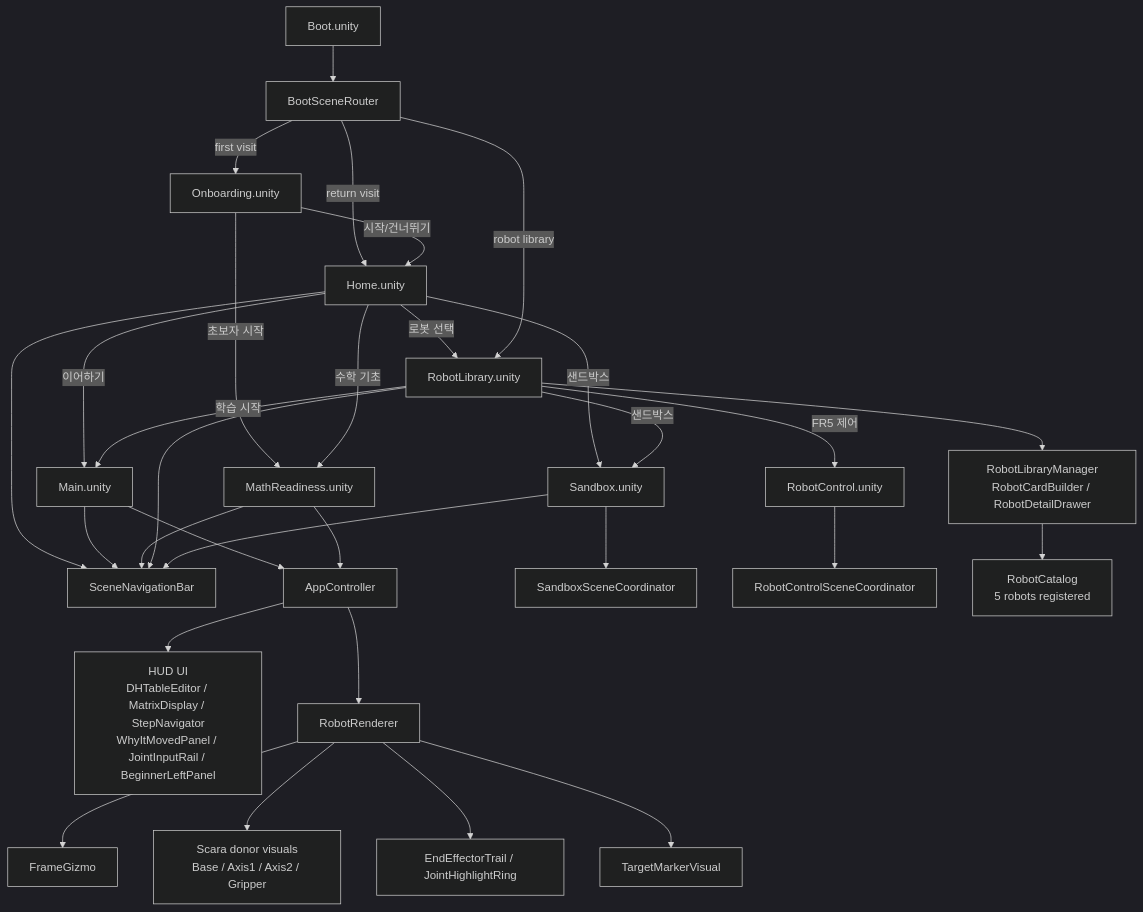
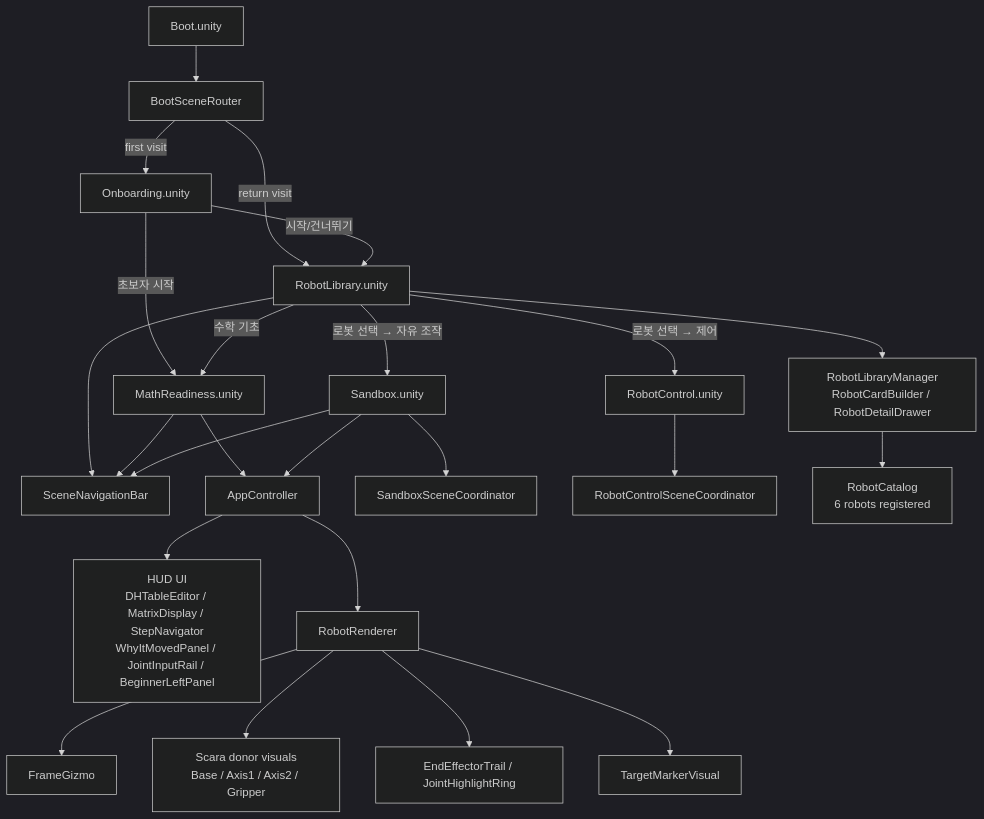
The first of 6 diagrams in docs/ref/architecture-mermaid.md (kimjuyoung1127/robotapp), drawn with Mermaid (dark theme) before and after one commit. The commit also changed other lines of this file and 59 other files, not shown here.

First line of the commit message:
refactor: remove Home/Main scenes, make RobotLibrary the main entry point

````diff
--- a/docs/ref/architecture-mermaid.md
+++ b/docs/ref/architecture-mermaid.md
@@ -8,40 +8,32 @@
 ```mermaid
 flowchart TD
     Boot["Boot.unity"] --> Router["BootSceneRouter"]
     Router -->|first visit| Onboarding["Onboarding.unity"]
-    Router -->|return visit| Home["Home.unity"]
+    Router -->|return visit| RobotLib["RobotLibrary.unity"]
 
-    Onboarding -->|시작/건너뛰기| Home
+    Onboarding -->|시작/건너뛰기| RobotLib
     Onboarding -->|초보자 시작| MathReady["MathReadiness.unity"]
 
-    Home --> Nav["SceneNavigationBar"]
-    Home -->|이어하기| Main["Main.unity"]
-    Home -->|수학 기초| MathReady
-    Home -->|로봇 선택| RobotLib["RobotLibrary.unity"]
-    Home -->|샌드박스| Sandbox["Sandbox.unity"]
+    RobotLib --> Nav["SceneNavigationBar"]
+    MathReady --> Nav
+    Sandbox["Sandbox.unity"] --> Nav
 
-    Main --> Nav
-    MathReady --> Nav
-    RobotLib --> Nav
-    Sandbox --> Nav
+    RobotLib -->|로봇 선택 → 제어| RobotCtrl["RobotControl.unity"]
+    RobotLib -->|로봇 선택 → 자유 조작| Sandbox
+    RobotLib -->|수학 기초| MathReady
 
-    RobotLib -->|FR5 제어| RobotCtrl["RobotControl.unity"]
-    RobotLib -->|학습 시작| Main
-    RobotLib -->|샌드박스| Sandbox
-
-    Main --> App["AppController"]
-    MathReady --> App
+    MathReady --> App["AppController"]
     Sandbox --> SandboxCoord["SandboxSceneCoordinator"]
+    Sandbox --> App
     RobotCtrl --> RobotCtrlCoord["RobotControlSceneCoordinator"]
 
     App --> UI["HUD UI\nDHTableEditor / MatrixDisplay / StepNavigator\nWhyItMovedPanel / JointInputRail / BeginnerLeftPanel"]
     App --> Viz["RobotRenderer"]
     Viz --> Frame["FrameGizmo"]
     Viz --> Donor["Scara donor visuals\nBase / Axis1 / Axis2 / Gripper"]
     Viz --> Trail["EndEffectorTrail / JointHighlightRing"]
     Viz --> Target["TargetMarkerVisual"]
 
-    Router -->|robot library| RobotLib["RobotLibrary.unity"]
     RobotLib --> RLM["RobotLibraryManager\nRobotCardBuilder / RobotDetailDrawer"]
-    RLM --> Catalog["RobotCatalog\n5 robots registered"]
+    RLM --> Catalog["RobotCatalog\n6 robots registered"]
 ```
````
